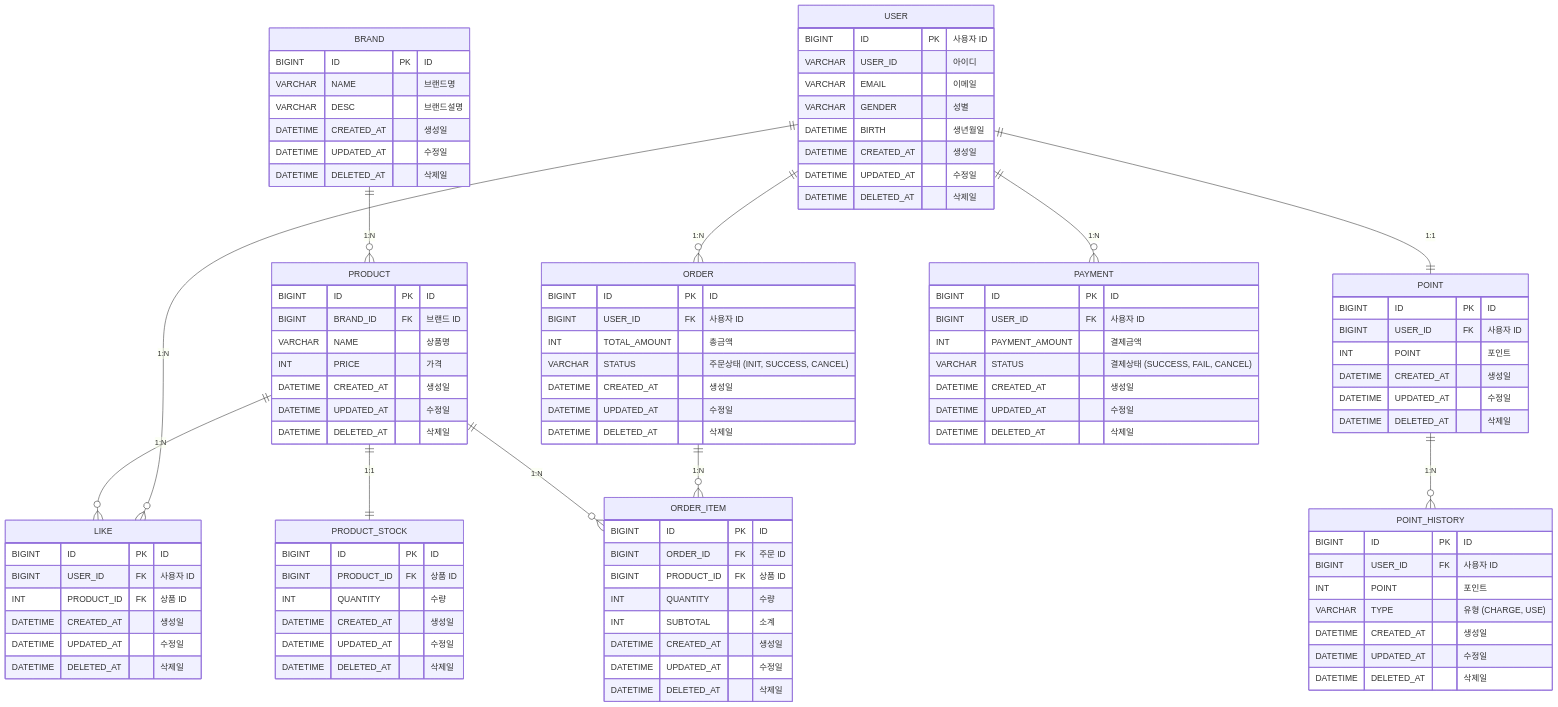
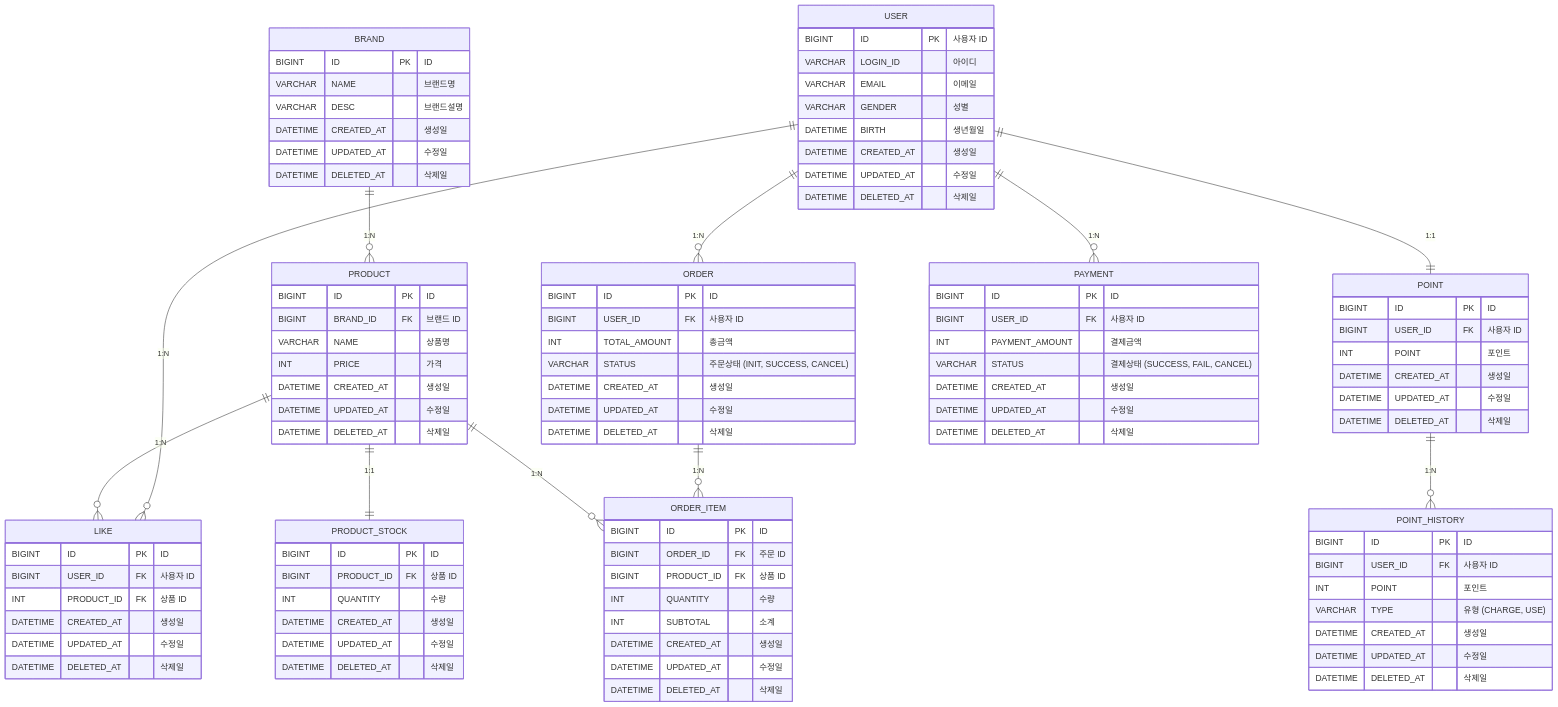
Before and after one commit to hyunn12/e-commerce-project: the diagram in docs/design/04-erd.md, drawn with Mermaid. The commit also changed 21 other files, not shown here.

Commit message:
refactor: User userId -> loginId 필드명 변경

```diff
--- a/docs/design/04-erd.md
+++ b/docs/design/04-erd.md
@@ -17,7 +17,7 @@
 erDiagram  
     USER {  
         BIGINT ID PK "사용자 ID"  
-        VARCHAR USER_ID "아이디"
+        VARCHAR LOGIN_ID "아이디"
         VARCHAR EMAIL "이메일"
         VARCHAR GENDER "성별"
         DATETIME BIRTH "생년월일"
```
